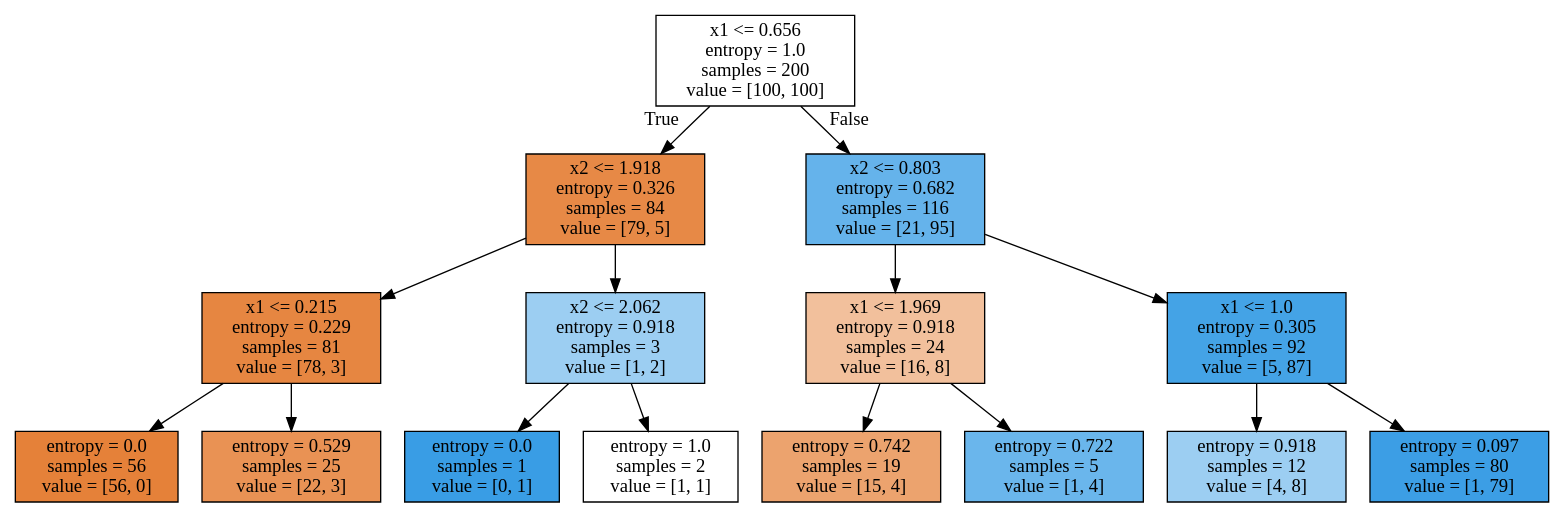
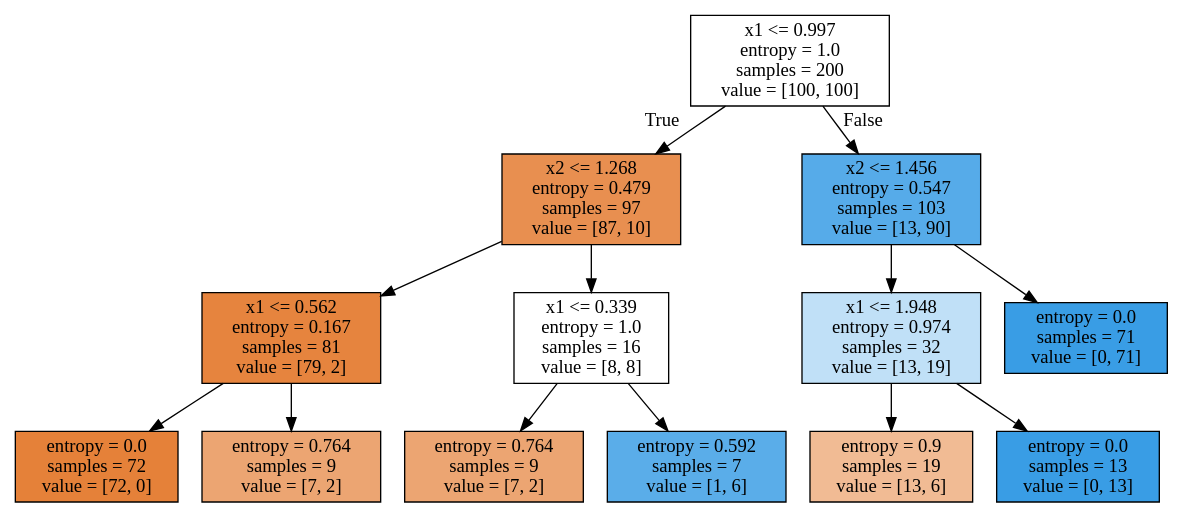
Before and after one commit to Duneholy/ods_learning: the diagram in img/small_tree.dot, drawn with Graphviz. The commit also changed 2 other files, not shown here.

```diff
--- a/img/small_tree.dot
+++ b/img/small_tree.dot
@@ -1,32 +1,28 @@
 digraph Tree {
 node [shape=box, style="filled", color="black"] ;
-0 [label="x1 <= 0.656\nentropy = 1.0\nsamples = 200\nvalue = [100, 100]", fillcolor="#ffffff"] ;
-1 [label="x2 <= 1.918\nentropy = 0.326\nsamples = 84\nvalue = [79, 5]", fillcolor="#e78946"] ;
+0 [label="x1 <= 0.997\nentropy = 1.0\nsamples = 200\nvalue = [100, 100]", fillcolor="#ffffff"] ;
+1 [label="x2 <= 1.268\nentropy = 0.479\nsamples = 97\nvalue = [87, 10]", fillcolor="#e88f50"] ;
 0 -> 1 [labeldistance=2.5, labelangle=45, headlabel="True"] ;
-2 [label="x1 <= 0.215\nentropy = 0.229\nsamples = 81\nvalue = [78, 3]", fillcolor="#e68641"] ;
+2 [label="x1 <= 0.562\nentropy = 0.167\nsamples = 81\nvalue = [79, 2]", fillcolor="#e6843e"] ;
 1 -> 2 ;
-3 [label="entropy = 0.0\nsamples = 56\nvalue = [56, 0]", fillcolor="#e58139"] ;
+3 [label="entropy = 0.0\nsamples = 72\nvalue = [72, 0]", fillcolor="#e58139"] ;
 2 -> 3 ;
-4 [label="entropy = 0.529\nsamples = 25\nvalue = [22, 3]", fillcolor="#e99254"] ;
+4 [label="entropy = 0.764\nsamples = 9\nvalue = [7, 2]", fillcolor="#eca572"] ;
 2 -> 4 ;
-5 [label="x2 <= 2.062\nentropy = 0.918\nsamples = 3\nvalue = [1, 2]", fillcolor="#9ccef2"] ;
+5 [label="x1 <= 0.339\nentropy = 1.0\nsamples = 16\nvalue = [8, 8]", fillcolor="#ffffff"] ;
 1 -> 5 ;
-6 [label="entropy = 0.0\nsamples = 1\nvalue = [0, 1]", fillcolor="#399de5"] ;
+6 [label="entropy = 0.764\nsamples = 9\nvalue = [7, 2]", fillcolor="#eca572"] ;
 5 -> 6 ;
-7 [label="entropy = 1.0\nsamples = 2\nvalue = [1, 1]", fillcolor="#ffffff"] ;
+7 [label="entropy = 0.592\nsamples = 7\nvalue = [1, 6]", fillcolor="#5aade9"] ;
 5 -> 7 ;
-8 [label="x2 <= 0.803\nentropy = 0.682\nsamples = 116\nvalue = [21, 95]", fillcolor="#65b3eb"] ;
+8 [label="x2 <= 1.456\nentropy = 0.547\nsamples = 103\nvalue = [13, 90]", fillcolor="#56abe9"] ;
 0 -> 8 [labeldistance=2.5, labelangle=-45, headlabel="False"] ;
-9 [label="x1 <= 1.969\nentropy = 0.918\nsamples = 24\nvalue = [16, 8]", fillcolor="#f2c09c"] ;
+9 [label="x1 <= 1.948\nentropy = 0.974\nsamples = 32\nvalue = [13, 19]", fillcolor="#c0e0f7"] ;
 8 -> 9 ;
-10 [label="entropy = 0.742\nsamples = 19\nvalue = [15, 4]", fillcolor="#eca36e"] ;
+10 [label="entropy = 0.9\nsamples = 19\nvalue = [13, 6]", fillcolor="#f1bb94"] ;
 9 -> 10 ;
-11 [label="entropy = 0.722\nsamples = 5\nvalue = [1, 4]", fillcolor="#6ab6ec"] ;
+11 [label="entropy = 0.0\nsamples = 13\nvalue = [0, 13]", fillcolor="#399de5"] ;
 9 -> 11 ;
-12 [label="x1 <= 1.0\nentropy = 0.305\nsamples = 92\nvalue = [5, 87]", fillcolor="#44a3e6"] ;
+12 [label="entropy = 0.0\nsamples = 71\nvalue = [0, 71]", fillcolor="#399de5"] ;
 8 -> 12 ;
-13 [label="entropy = 0.918\nsamples = 12\nvalue = [4, 8]", fillcolor="#9ccef2"] ;
-12 -> 13 ;
-14 [label="entropy = 0.097\nsamples = 80\nvalue = [1, 79]", fillcolor="#3c9ee5"] ;
-12 -> 14 ;
 }
```
